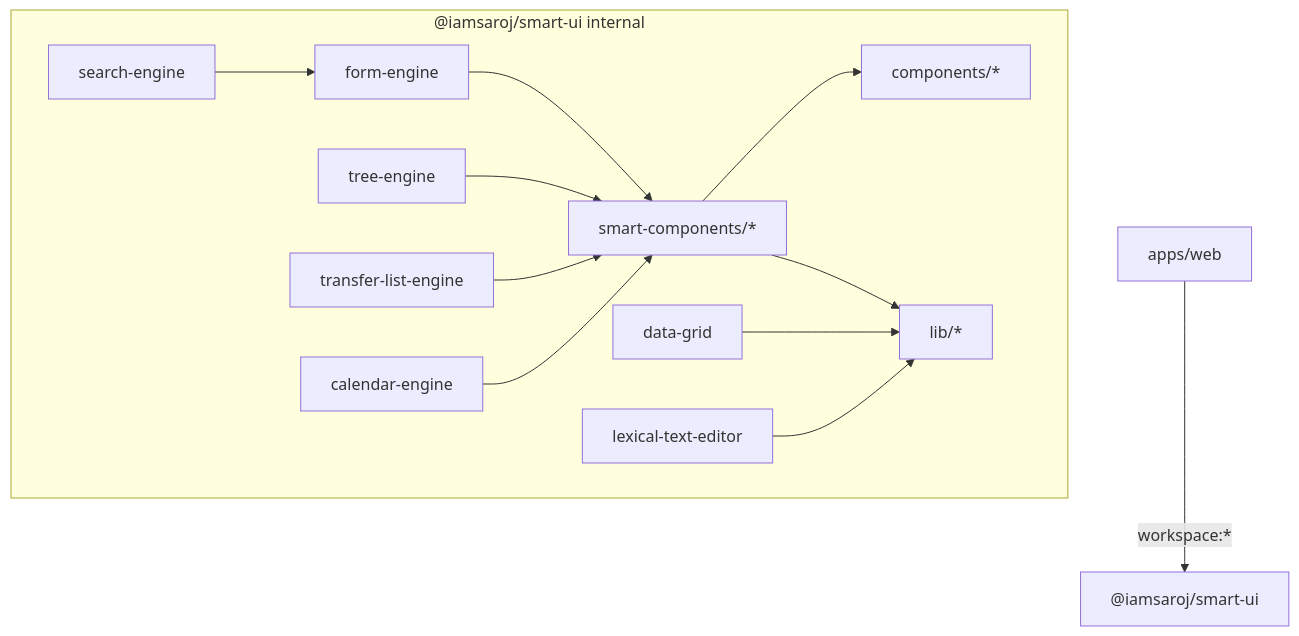
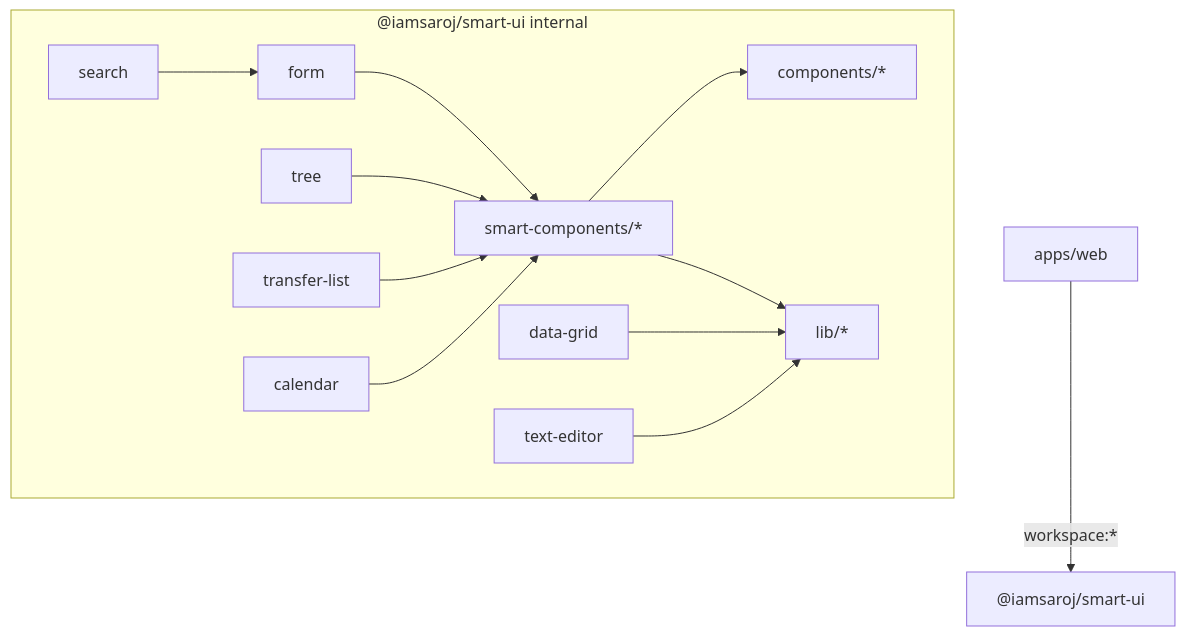
Before and after one commit to imsaroj/automatic-octo-fiesta: the second of 12 diagrams in ARCHITECTURE.md, drawn with Mermaid. The commit also changed other lines of this file and 129 other files, not shown here.

First line of the commit message:
refactor!: drop -engine suffix from subpaths, rename lexical-text-editor to text-editor

````diff
--- a/ARCHITECTURE.md
+++ b/ARCHITECTURE.md
@@ -271,27 +271,27 @@
 ```mermaid
 flowchart TD
   web["apps/web"] -->|workspace:*| ui["@iamsaroj/smart-ui"]
 
   subgraph ui_internal["@iamsaroj/smart-ui internal"]
     lib["lib/*"]
     comp["components/*"]
     smart["smart-components/*"]
-    form["form-engine"]
-    search["search-engine"]
+    form["form"]
+    search["search"]
     grid["data-grid"]
-    tree["tree-engine"]
-    transfer["transfer-list-engine"]
-    cal["calendar-engine"]
-    editor["lexical-text-editor"]
+    tree["tree"]
+    transfer["transfer-list"]
+    cal["calendar"]
+    editor["text-editor"]
   end
 
   smart --> comp
   smart --> lib
   form --> smart
   search --> form
   grid --> lib
   tree --> smart
   transfer --> smart
   cal --> smart
   editor --> lib
 ```
````
